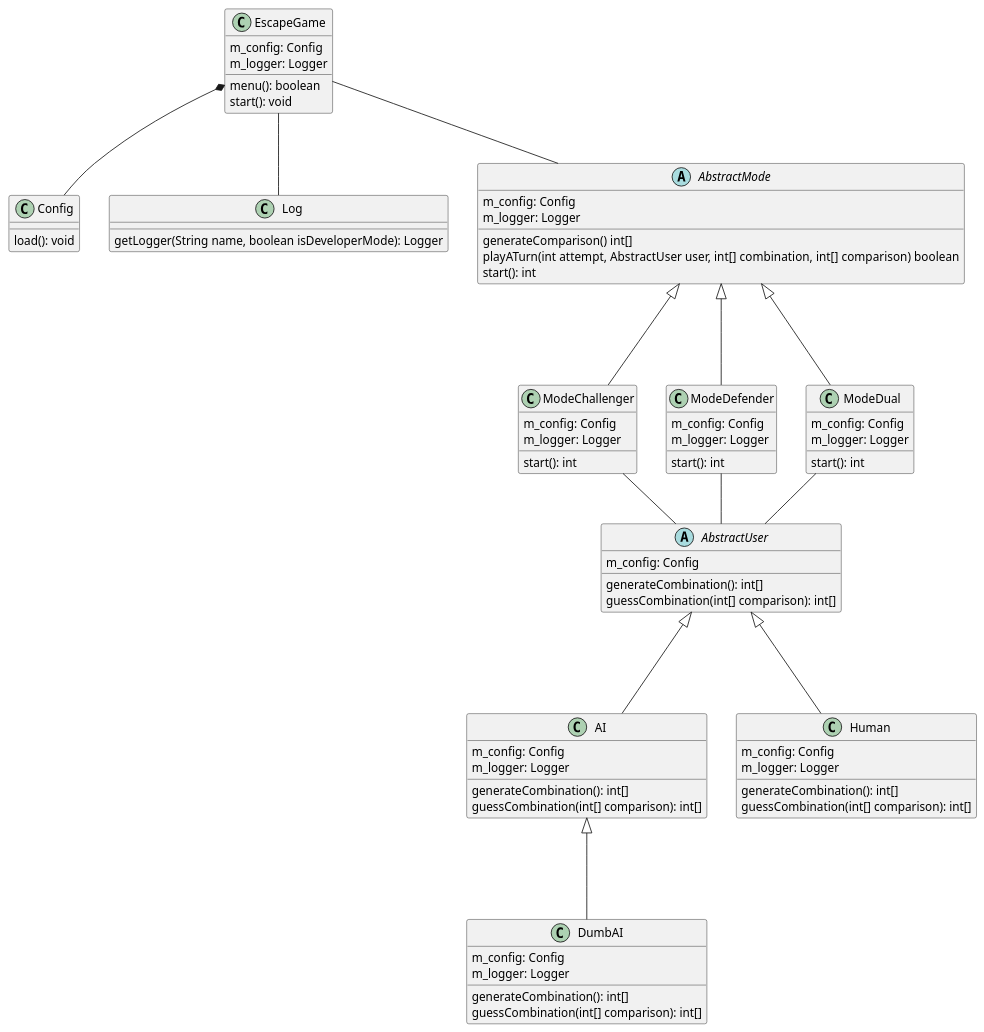
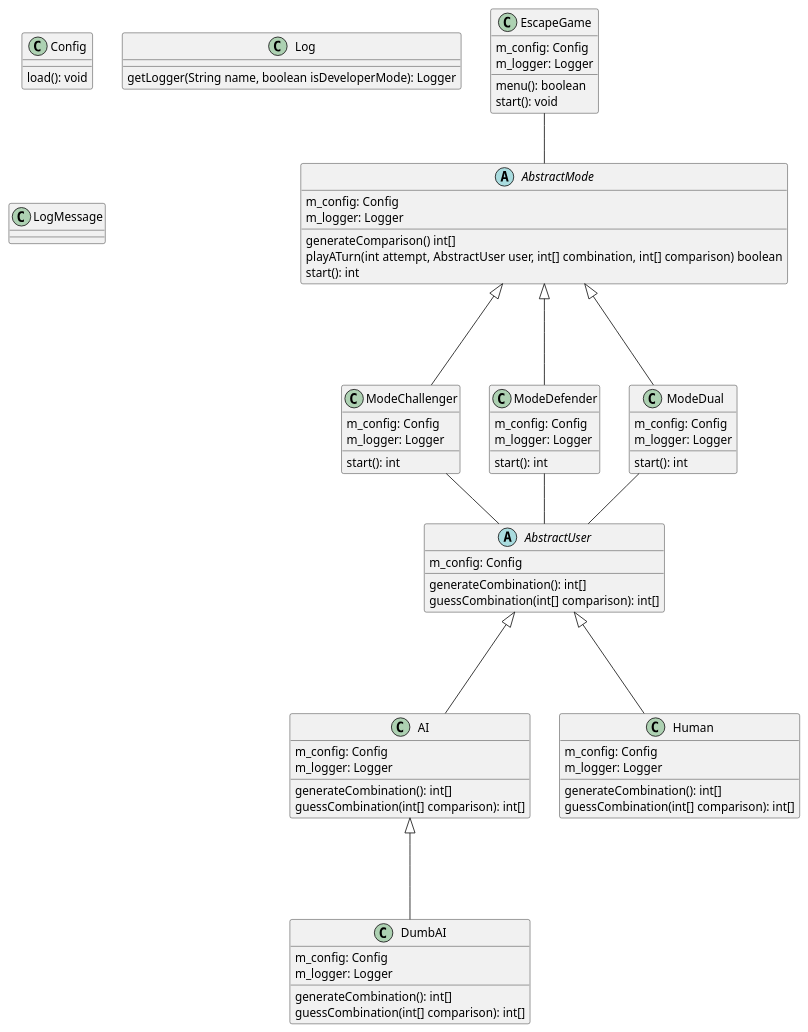
Before and after one commit to OMorlotti/P3-mettre-ma-logique-a-l-preuve: the diagram in Project3.puml, drawn with PlantUML. The commit also changed 1 other file, not shown here.

```diff
--- a/Project3.puml
+++ b/Project3.puml
@@ -1,90 +1,91 @@
 @startuml
 
 Class EscapeGame {
 m_config: Config
 m_logger: Logger
 menu(): boolean
 start(): void
 }
 
 class Config {
 load(): void
 }
 
 class Log {
 getLogger(String name, boolean isDeveloperMode): Logger
+}
+
+class LogMessage {
+
 }
 
 abstract class AbstractMode {
 m_config: Config
 m_logger: Logger
 generateComparison() int[]
 playATurn(int attempt, AbstractUser user, int[] combination, int[] comparison) boolean
 start(): int
 }
 
 class ModeChallenger {
 m_config: Config
 m_logger: Logger
 start(): int
 }
 
 class ModeDefender {
 m_config: Config
 m_logger: Logger
 start(): int
 }
 
 class ModeDual {
 m_config: Config
 m_logger: Logger
 start(): int
 }
 
 
 abstract class AbstractUser {
 m_config: Config
 generateCombination(): int[]
 guessCombination(int[] comparison): int[]
 }
 
 class AI {
 m_config: Config
 m_logger: Logger
 generateCombination(): int[]
 guessCombination(int[] comparison): int[]
 }
 
 class Human {
 m_config: Config
 m_logger: Logger
 generateCombination(): int[]
 guessCombination(int[] comparison): int[]
 }
 
 class DumbAI {
 m_config: Config
 m_logger: Logger
 generateCombination(): int[]
 guessCombination(int[] comparison): int[]
 }
 
 AbstractMode <|--- ModeChallenger
 AbstractMode <|--- ModeDefender
 AbstractMode <|--- ModeDual
 
 AbstractUser <|--- AI
 AbstractUser <|--- Human
 
 AI <|--- DumbAI
 
 EscapeGame -- AbstractMode
-EscapeGame -- Log
-
-EscapeGame *-- Config
 
 ModeChallenger -- AbstractUser
 ModeDefender -- AbstractUser
 ModeDual -- AbstractUser
 
 @enduml
```
